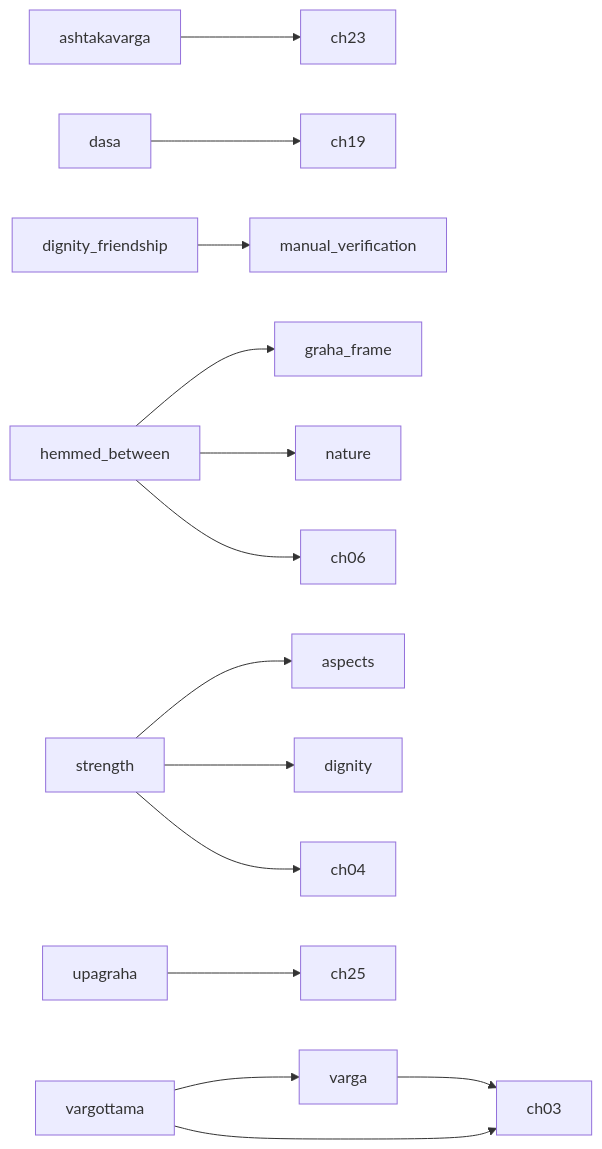
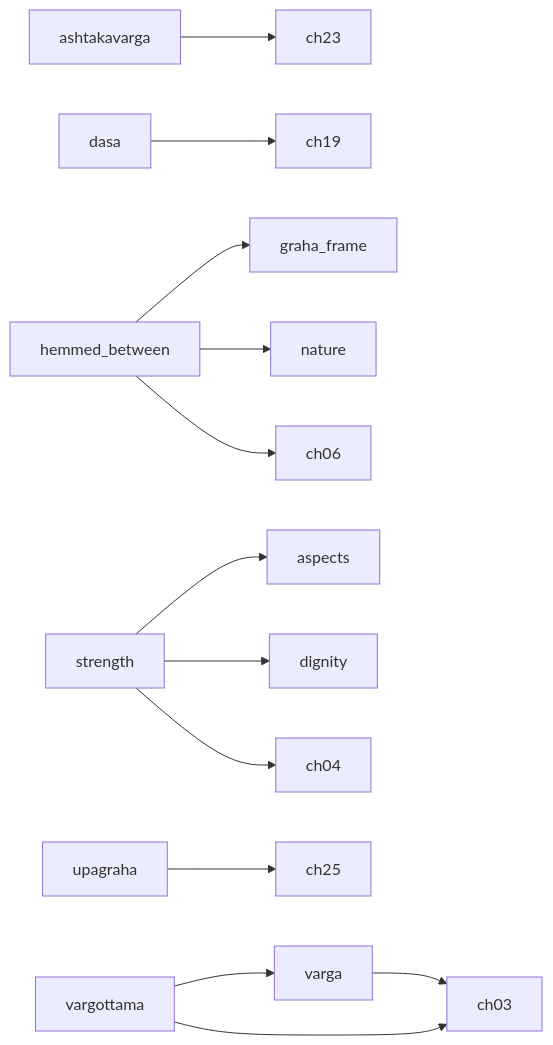
Before and after one commit to tarunrameshphotography/Vedic-AI: the diagram in Reports/PHASE3_PLAN.md, drawn with Mermaid. The commit also changed other lines of this file and 9 other files, not shown here.

````diff
--- a/Reports/PHASE3_PLAN.md
+++ b/Reports/PHASE3_PLAN.md
@@ -35,16 +34,15 @@
 ```mermaid
 graph LR
   ashtakavarga --> ch23
   dasa --> ch19
-  dignity_friendship --> manual_verification
   hemmed_between --> graha_frame
   hemmed_between --> nature
   hemmed_between --> ch06
   strength --> aspects
   strength --> dignity
   strength --> ch04
   upagraha --> ch25
   varga --> ch03
   vargottama --> varga
   vargottama --> ch03
 ```
````
